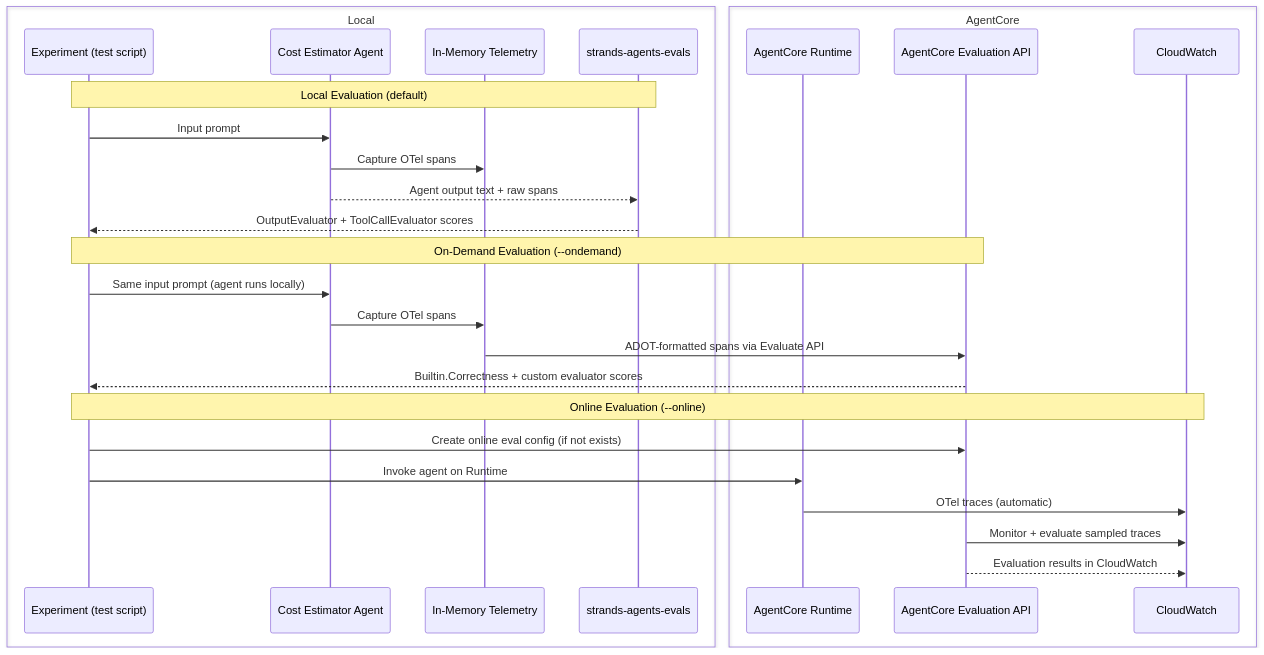
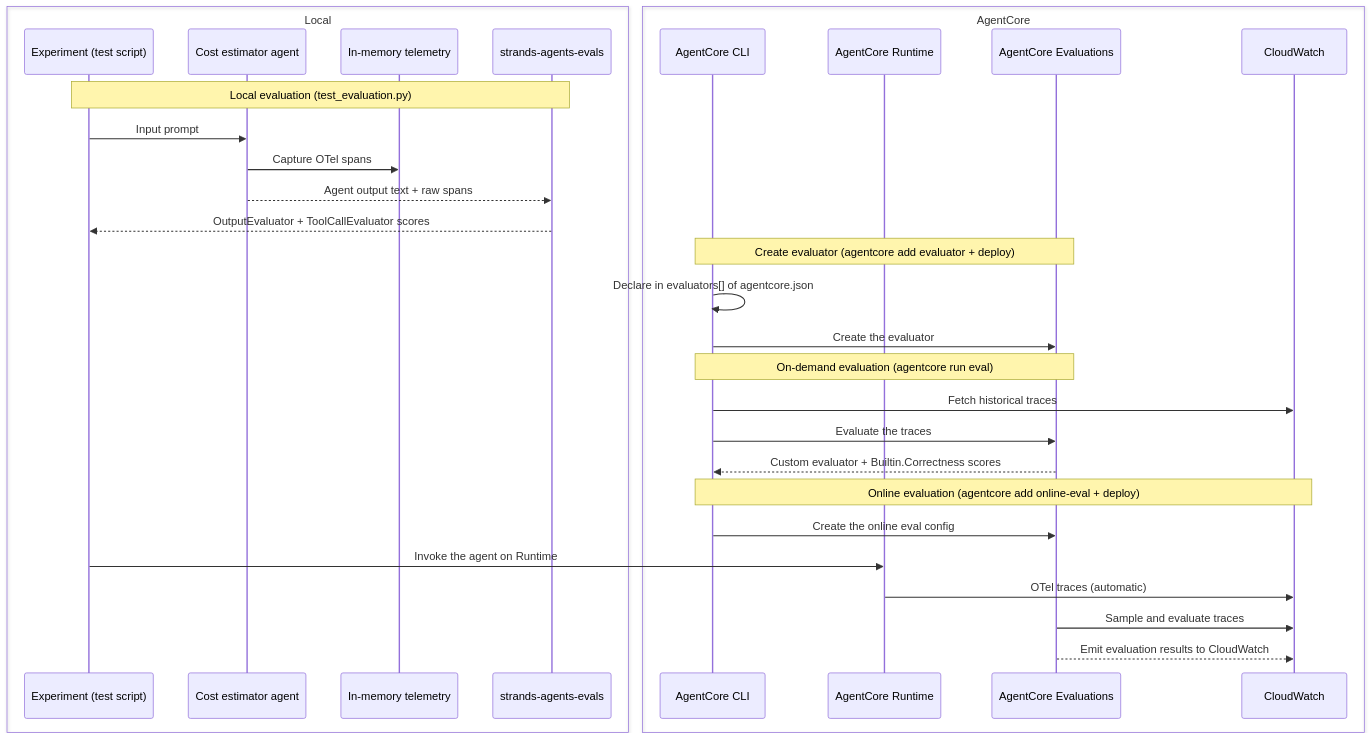
One commit to aws-samples/sample-amazon-bedrock-agentcore-onboarding changed the diagram in 05_evaluation/README.md. Above: the diagram before and after it, drawn with Mermaid. The commit also changed other lines of this file and 68 other files, not shown here.

First line of the commit message:
feat: migrate labs from Starter Toolkit to AgentCore CLI

````diff
--- a/05_evaluation/README.md
+++ b/05_evaluation/README.md
@@ -40,33 +40,37 @@
 ```mermaid
 sequenceDiagram
     box Local
         participant Exp as Experiment (test script)
-        participant Agent as Cost Estimator Agent
-        participant OTel as In-Memory Telemetry
+        participant Agent as Cost estimator agent
+        participant OTel as In-memory telemetry
         participant Eval as strands-agents-evals
     end
     box AgentCore
+        participant CLI as AgentCore CLI
         participant RT as AgentCore Runtime
-        participant AC as AgentCore Evaluation API
+        participant AC as AgentCore Evaluations
         participant CW as CloudWatch
     end
 
-    Note over Exp,Eval: Local Evaluation (default)
+    Note over Exp,Eval: Local evaluation (test_evaluation.py)
     Exp->>Agent: Input prompt
     Agent->>OTel: Capture OTel spans
     Agent-->>Eval: Agent output text + raw spans
     Eval-->>Exp: OutputEvaluator + ToolCallEvaluator scores
 
-    Note over Exp,AC: On-Demand Evaluation (--ondemand)
-    Exp->>Agent: Same input prompt (agent runs locally)
-    Agent->>OTel: Capture OTel spans
-    OTel->>AC: ADOT-formatted spans via Evaluate API
-    AC-->>Exp: Builtin.Correctness + custom evaluator scores
+    Note over CLI,AC: Create evaluator (agentcore add evaluator + deploy)
+    CLI->>CLI: Declare in evaluators[] of agentcore.json
+    CLI->>AC: Create the evaluator
 
-    Note over Exp,CW: Online Evaluation (--online)
-    Exp->>AC: Create online eval config (if not exists)
-    Exp->>RT: Invoke agent on Runtime
+    Note over CLI,AC: On-demand evaluation (agentcore run eval)
+    CLI->>CW: Fetch historical traces
+    CLI->>AC: Evaluate the traces
+    AC-->>CLI: Custom evaluator + Builtin.Correctness scores
+
+    Note over CLI,CW: Online evaluation (agentcore add online-eval + deploy)
+    CLI->>AC: Create the online eval config
+    Exp->>RT: Invoke the agent on Runtime
     RT->>CW: OTel traces (automatic)
-    AC->>CW: Monitor + evaluate sampled traces
-    AC-->>CW: Evaluation results in CloudWatch
+    AC->>CW: Sample and evaluate traces
+    AC-->>CW: Emit evaluation results to CloudWatch
 ```
````
